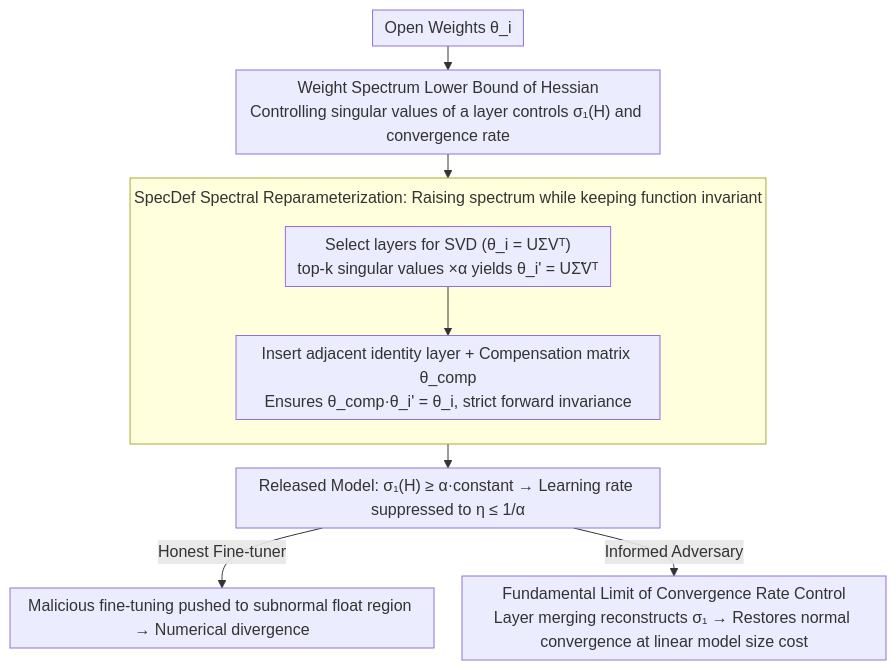
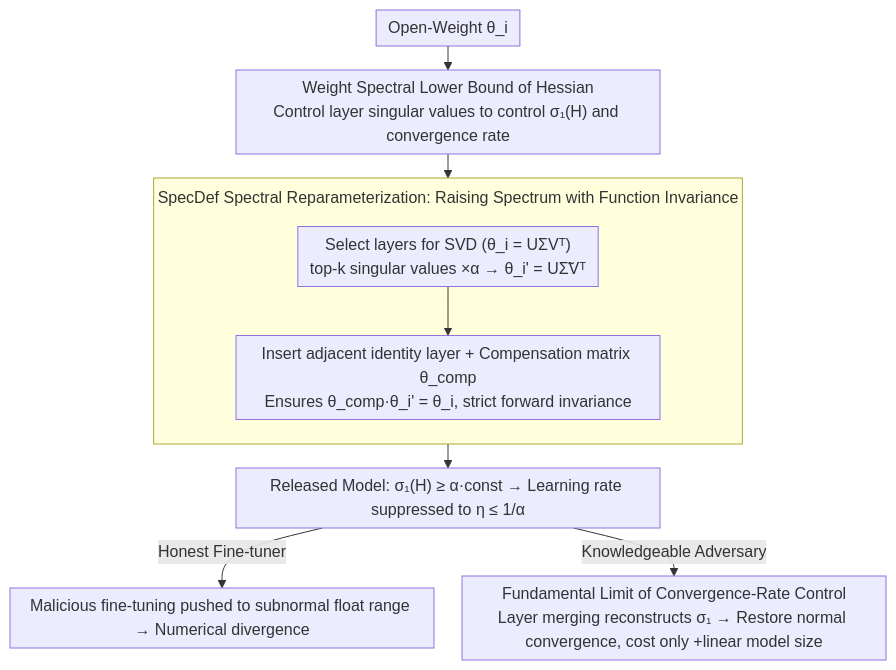
Before and after one commit to zhaoyang97/Paper-Notes-en: the diagram in docs/ICML2026/optimization/limits_of_convergence-rate_control_for_open-weight_safety.md, drawn with Mermaid. The commit also changed other lines of this file and 5084 other files, not shown here.

````diff
--- a/docs/ICML2026/optimization/limits_of_convergence-rate_control_for_open-weight_safety.md
+++ b/docs/ICML2026/optimization/limits_of_convergence-rate_control_for_open-weight_safety.md
@@ -48,13 +48,13 @@
 ```mermaid
 %%{init: {'flowchart': {'rankSpacing': 24, 'nodeSpacing': 28, 'padding': 6, 'wrappingWidth': 400, 'subGraphTitleMargin': {'top': 8, 'bottom': 16}}}}%%
 flowchart TD
-    A["Open Weights θ_i"] --> B["Weight Spectrum Lower Bound of Hessian<br/>Controlling singular values of a layer controls σ₁(H) and convergence rate"]
+    A["Open-Weight θ_i"] --> B["Weight Spectral Lower Bound of Hessian<br/>Control layer singular values to control σ₁(H) and convergence rate"]
     B --> SD
-    subgraph SD["SpecDef Spectral Reparameterization: Raising spectrum while keeping function invariant"]
+    subgraph SD["SpecDef Spectral Reparameterization: Raising Spectrum with Function Invariance"]
         direction TB
-        C["Select layers for SVD (θ_i = UΣVᵀ)<br/>top-k singular values ×α yields θ_i' = UΣ̃Vᵀ"] --> D["Insert adjacent identity layer + Compensation matrix θ_comp<br/>Ensures θ_comp·θ_i' = θ_i, strict forward invariance"]
+        C["Select layers for SVD (θ_i = UΣVᵀ)<br/>top-k singular values ×α → θ_i' = UΣ̃Vᵀ"] --> D["Insert adjacent identity layer + Compensation matrix θ_comp<br/>Ensures θ_comp·θ_i' = θ_i, strict forward invariance"]
     end
-    SD --> E["Released Model: σ₁(H) ≥ α·constant → Learning rate suppressed to η ≤ 1/α"]
-    E -->|"Honest Fine-tuner"| F["Malicious fine-tuning pushed to subnormal float region → Numerical divergence"]
-    E -->|"Informed Adversary"| G["Fundamental Limit of Convergence Rate Control<br/>Layer merging reconstructs σ₁ → Restores normal convergence at linear model size cost"]
+    SD --> E["Released Model: σ₁(H) ≥ α·const → Learning rate suppressed to η ≤ 1/α"]
+    E -->|"Honest Fine-tuner"| F["Malicious fine-tuning pushed to subnormal float range → Numerical divergence"]
+    E -->|"Knowledgeable Adversary"| G["Fundamental Limit of Convergence-Rate Control<br/>Layer merging reconstructs σ₁ → Restore normal convergence, cost only +linear model size"]
 ```
````
